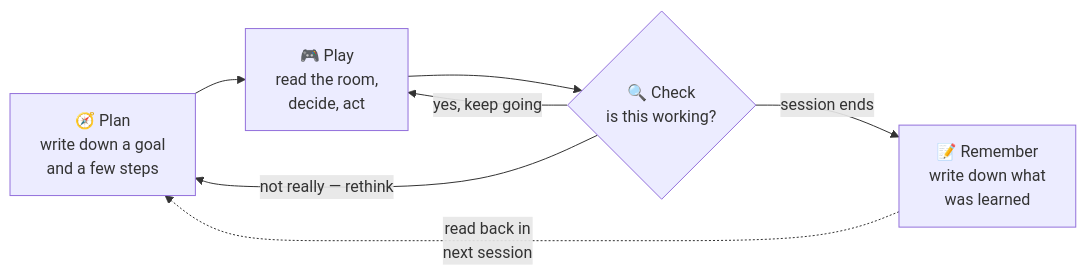
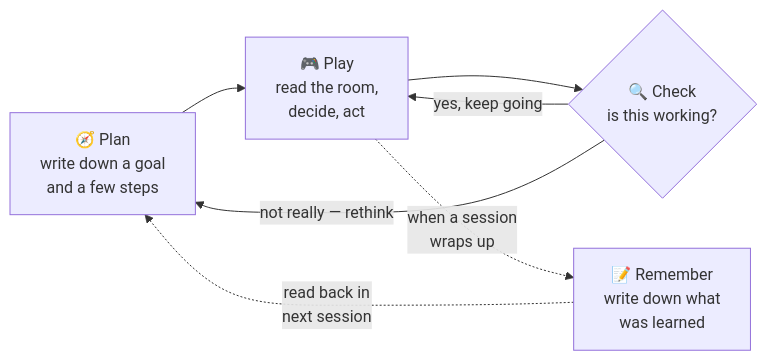
Before and after one commit to asuleman-cyber/claude-code-camp-2026-Q2: the first of 2 diagrams in README.md, drawn with Mermaid. The commit also changed other lines of this file, not shown here.

````diff
--- a/README.md
+++ b/README.md
@@ -35,9 +35,9 @@
 ```mermaid
 flowchart LR
     A["🧭 Plan<br/>write down a goal<br/>and a few steps"] --> B["🎮 Play<br/>read the room,<br/>decide, act"]
     B --> C{"🔍 Check<br/>is this working?"}
     C -->|"yes, keep going"| B
     C -->|"not really — rethink"| A
-    C -->|"session ends"| D["📝 Remember<br/>write down what<br/>was learned"]
+    B -.->|"when a session<br/>wraps up"| D["📝 Remember<br/>write down what<br/>was learned"]
     D -.->|"read back in<br/>next session"| A
 ```
````
